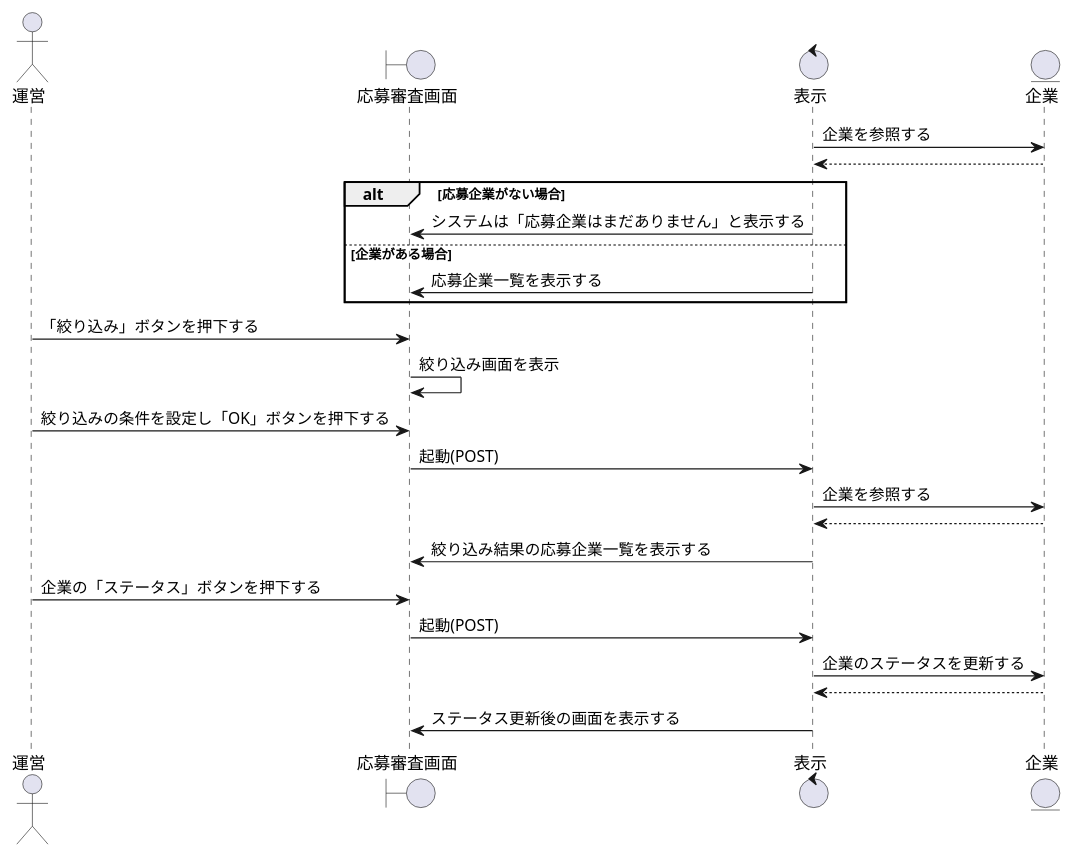
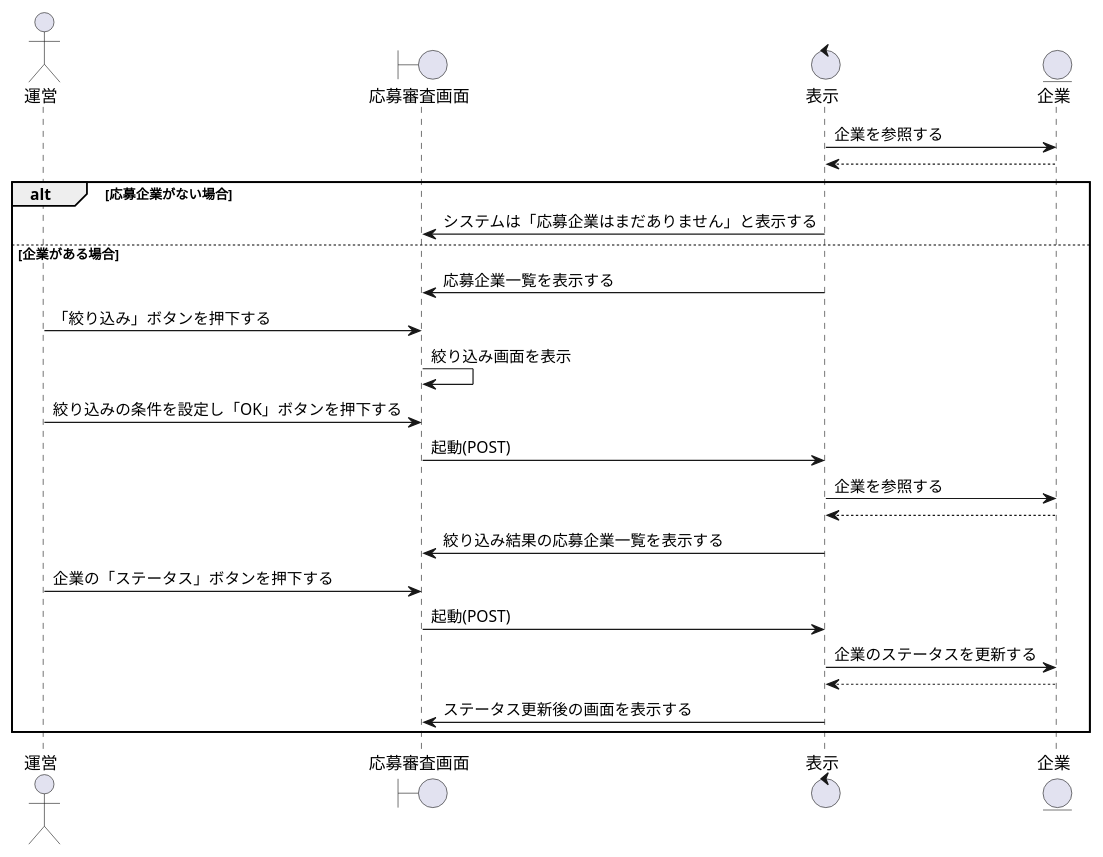
One commit to irukacb256/high_Me changed the diagram in sequence_fig/9_management_fn/1_応募審査をする.pu. Above: the diagram before and after it, drawn with PlantUML. The commit also changed 9 other files, not shown here.

```diff
--- a/sequence_fig/9_management_fn/1_応募審査をする.pu
+++ b/sequence_fig/9_management_fn/1_応募審査をする.pu
@@ -1,41 +1,42 @@
 @startuml 応募審査をする
 
 actor    運営         as mm1
 boundary 応募審査画面  as ap1
 control  表示         as co1
 entity   企業         as cop1
 
 co1 -> cop1 : 企業を参照する
 cop1 --> co1
 
 alt 応募企業がない場合 
     co1 -> ap1 : システムは「応募企業はまだありません」と表示する
 
 else 企業がある場合
     co1 -> ap1 : 応募企業一覧を表示する
+    
+    mm1 -> ap1 : 「絞り込み」ボタンを押下する
+
+    ap1 -> ap1 : 絞り込み画面を表示
+
+    mm1 -> ap1 : 絞り込みの条件を設定し「OK」ボタンを押下する
+
+    ap1 -> co1 : 起動(POST)
+
+    co1 -> cop1 : 企業を参照する
+    cop1 --> co1
+
+    co1 -> ap1 : 絞り込み結果の応募企業一覧を表示する
+
+    mm1 -> ap1 : 企業の「ステータス」ボタンを押下する
+
+    ap1 -> co1 : 起動(POST)
+
+    co1 -> cop1 : 企業のステータスを更新する
+    cop1 --> co1
+
+    co1 -> ap1 : ステータス更新後の画面を表示する
+
 
 end
 
-mm1 -> ap1 : 「絞り込み」ボタンを押下する
-
-ap1 -> ap1 : 絞り込み画面を表示
-
-mm1 -> ap1 : 絞り込みの条件を設定し「OK」ボタンを押下する
-
-ap1 -> co1 : 起動(POST)
-
-co1 -> cop1 : 企業を参照する
-cop1 --> co1
-
-co1 -> ap1 : 絞り込み結果の応募企業一覧を表示する
-
-mm1 -> ap1 : 企業の「ステータス」ボタンを押下する
-
-ap1 -> co1 : 起動(POST)
-
-co1 -> cop1 : 企業のステータスを更新する
-cop1 --> co1
-
-co1 -> ap1 : ステータス更新後の画面を表示する
-
 @enduml
```
